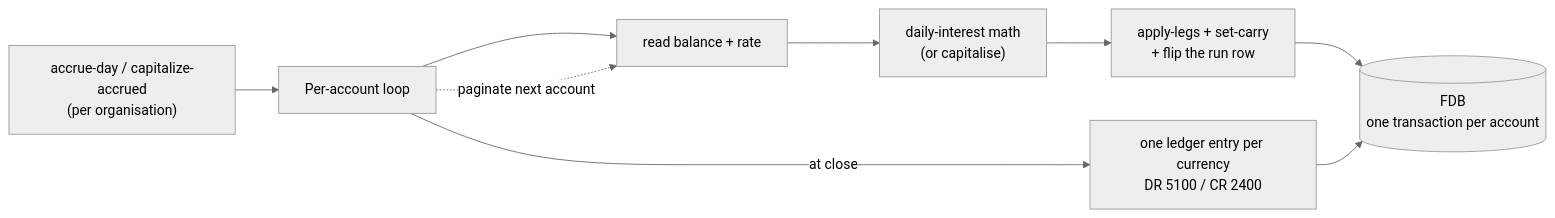
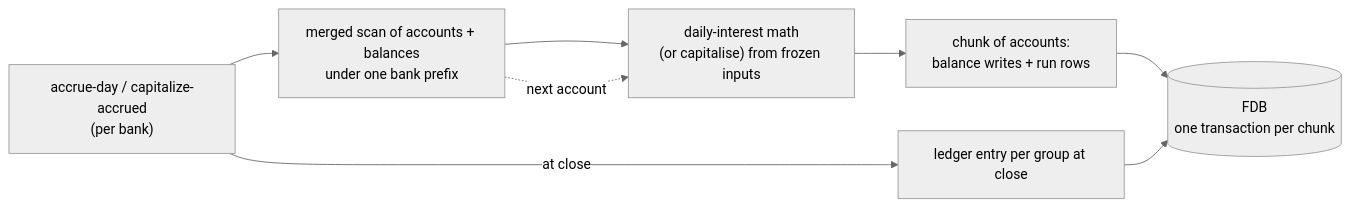
Before and after one commit to kjothen/queenswood: the first of 2 diagrams in docs/tdd/interest.md, drawn with Mermaid (neutral theme). The commit also changed other lines of this file and 19 other files, not shown here.

````diff
--- a/docs/tdd/interest.md
+++ b/docs/tdd/interest.md
@@ -81,19 +93,17 @@
 ```mermaid
 graph LR
-    CMD["accrue-day / capitalize-accrued<br/>(per organisation)"]
-    PROC[Per-account loop]
-    READ["read balance + rate"]
-    CALC["daily-interest math<br/>(or capitalise)"]
-    POST["apply-legs + set-carry<br/>+ flip the run row"]
-    FDB[("FDB<br/>one transaction per account")]
-    ENTRY["one ledger entry per currency<br/>DR 5100 / CR 2400"]
+    CMD["accrue-day / capitalize-accrued<br/>(per bank)"]
+    SCAN["merged scan of accounts + balances<br/>under one bank prefix"]
+    CALC["daily-interest math<br/>(or capitalise) from frozen inputs"]
+    CHUNK["chunk of accounts:<br/>balance writes + run rows"]
+    FDB[("FDB<br/>one transaction per chunk")]
+    ENTRY["ledger entry per group at close"]
 
-    CMD --> PROC
-    PROC --> READ
-    READ --> CALC
-    CALC --> POST
-    POST --> FDB
-    PROC -.->|"paginate next account"| READ
-    PROC -->|"at close"| ENTRY
+    CMD --> SCAN
+    SCAN --> CALC
+    CALC --> CHUNK
+    CHUNK --> FDB
+    SCAN -.->|"next account"| CALC
+    CMD -->|"at close"| ENTRY
     ENTRY --> FDB
 ```
````
